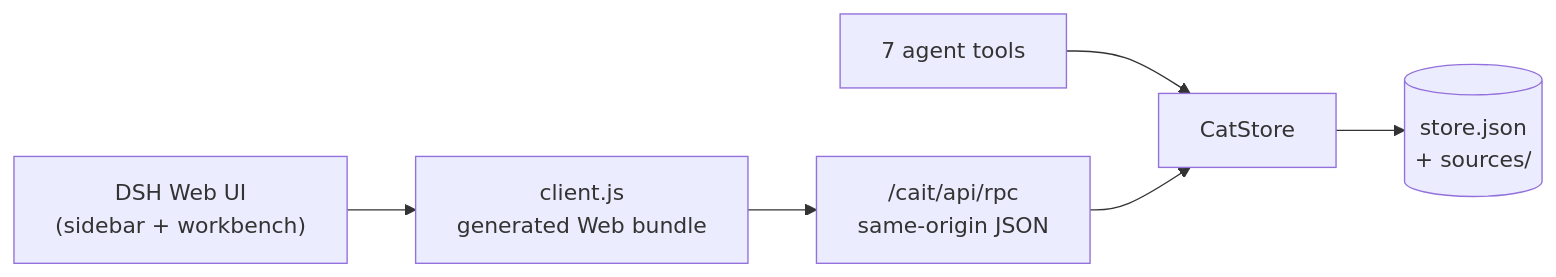
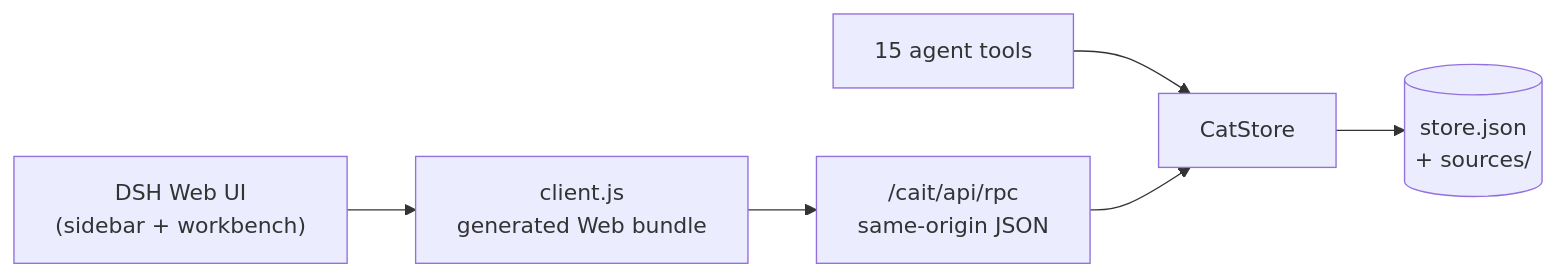
Before and after one commit to JoviLecca/dsh-CAIT: the diagram in README.ja.md, drawn with Mermaid. The commit also changed other lines of this file and 26 other files, not shown here.

````diff
--- a/README.ja.md
+++ b/README.ja.md
@@ -335,8 +363,8 @@
 ```mermaid
 flowchart LR
   UI["DSH Web UI<br/>(sidebar + workbench)"] --> Client["client.js<br/>generated Web bundle"]
   Client --> API["/cait/api/rpc<br/>same-origin JSON"]
-  Tools["7 agent tools"] --> Store["CatStore"]
+  Tools["15 agent tools"] --> Store["CatStore"]
   API --> Store
   Store --> Snapshot[("store.json<br/>+ sources/")]
 ```
````
